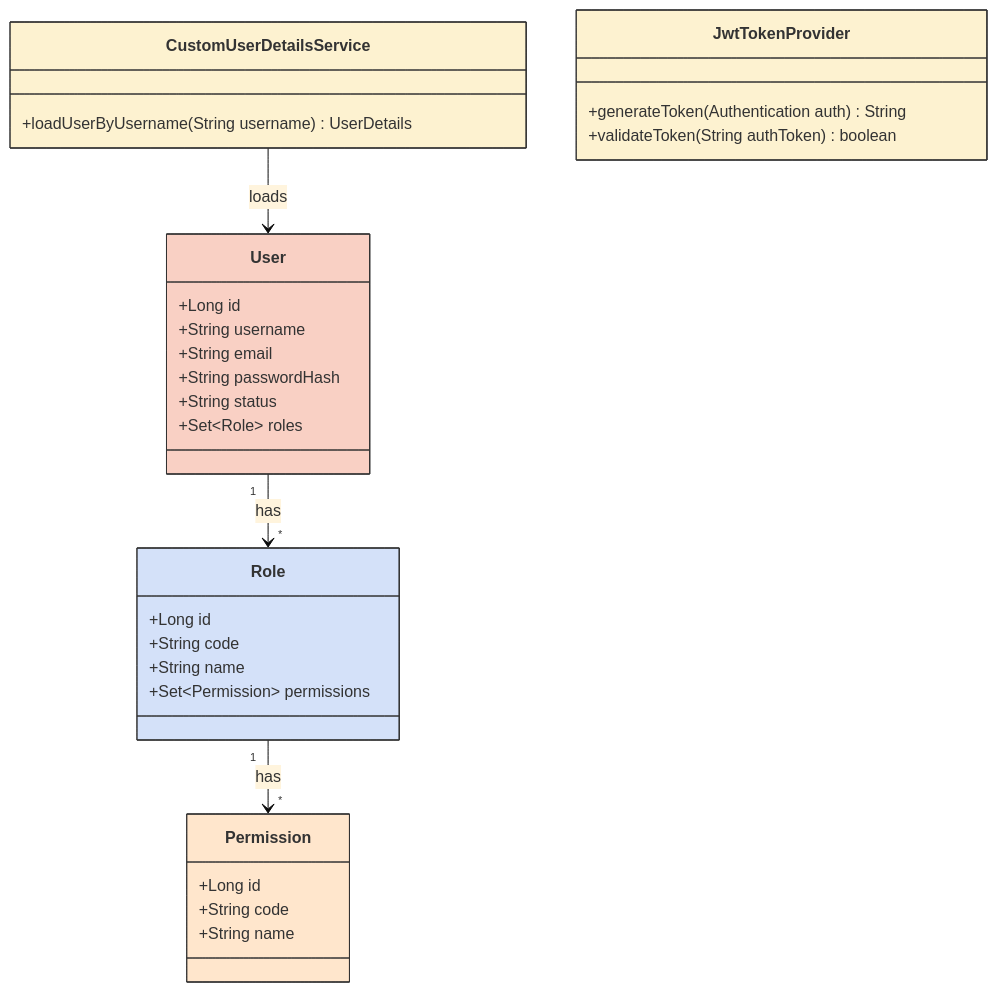
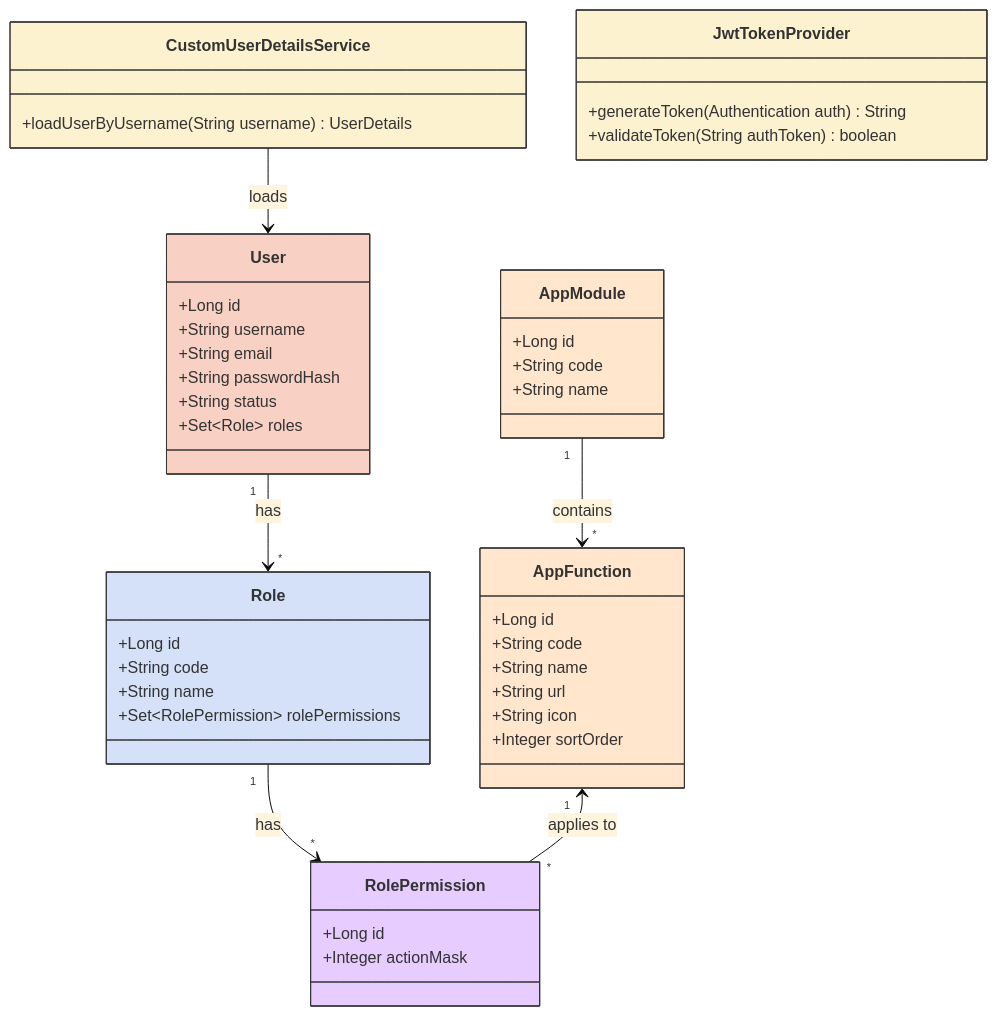
Before and after one commit to GinNgo/He-thong-quan-ly-khach-san: the fourth of 11 diagrams in docs/UML.md, drawn with Mermaid (base theme). The commit also changed other lines of this file and 37 other files, not shown here.

````diff
--- a/docs/UML.md
+++ b/docs/UML.md
@@ -96,43 +98,61 @@
 ```mermaid
 classDiagram
     class User {
         +Long id
         +String username
         +String email
         +String passwordHash
         +String status
         +Set~Role~ roles
     }
 
     class Role {
         +Long id
         +String code
         +String name
-        +Set~Permission~ permissions
+        +Set~RolePermission~ rolePermissions
     }
 
-    class Permission {
+    class AppModule {
         +Long id
         +String code
         +String name
+    }
+
+    class AppFunction {
+        +Long id
+        +String code
+        +String name
+        +String url
+        +String icon
+        +Integer sortOrder
+    }
+
+    class RolePermission {
+        +Long id
+        +Integer actionMask
     }
 
     class CustomUserDetailsService {
         +loadUserByUsername(String username) UserDetails
     }
 
     class JwtTokenProvider {
         +generateToken(Authentication auth) String
         +validateToken(String authToken) boolean
     }
 
     User "1" --> "*" Role : has
-    Role "1" --> "*" Permission : has
+    Role "1" --> "*" RolePermission : has
+    AppModule "1" --> "*" AppFunction : contains
+    AppFunction "1" <-- "*" RolePermission : applies to
     CustomUserDetailsService --> User : loads
 
     style User fill:#f9d0c4,stroke:#333,stroke-width:1px
     style Role fill:#d4e1f9,stroke:#333,stroke-width:1px
-    style Permission fill:#ffe6cc,stroke:#333,stroke-width:1px
+    style AppModule fill:#ffe6cc,stroke:#333,stroke-width:1px
+    style AppFunction fill:#ffe6cc,stroke:#333,stroke-width:1px
+    style RolePermission fill:#e6ccff,stroke:#333,stroke-width:1px
     style CustomUserDetailsService fill:#fdf2d0,stroke:#333,stroke-width:1px
     style JwtTokenProvider fill:#fdf2d0,stroke:#333,stroke-width:1px
 ```
````
